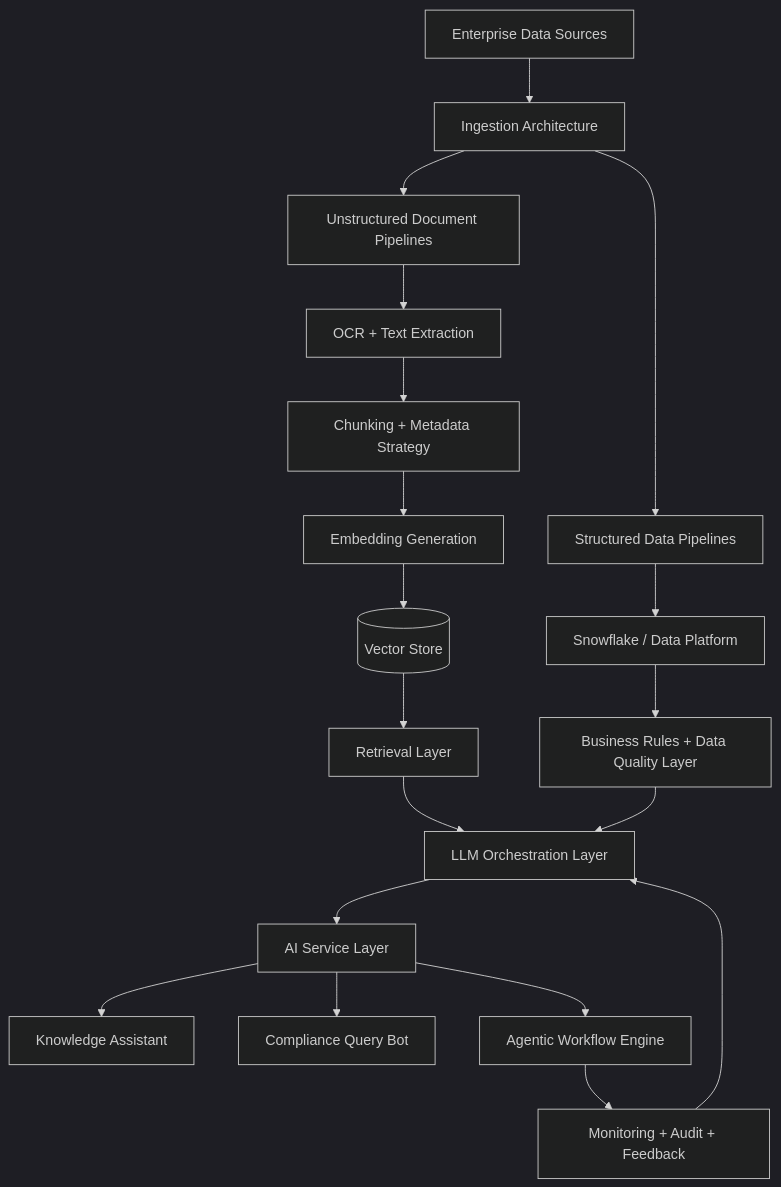
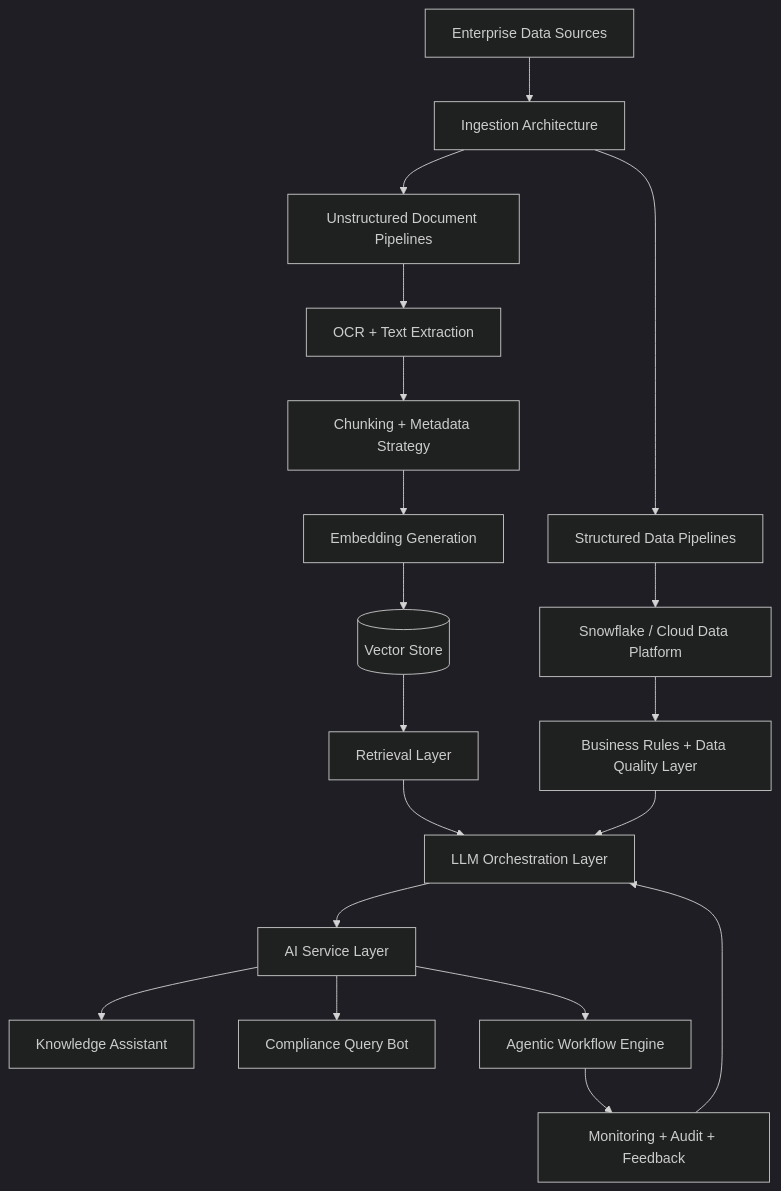
Before and after one commit to dhanumjayasaggurthi/dhanumjayasaggurthi: the first of 5 diagrams in README.md, drawn with Mermaid (dark theme). The commit also changed other lines of this file, not shown here.

````diff
--- a/README.md
+++ b/README.md
@@ -57,28 +78,29 @@
 ```mermaid
 flowchart TD
     A[Enterprise Data Sources] --> B[Ingestion Architecture]
 
     B --> C1[Structured Data Pipelines]
     B --> C2[Unstructured Document Pipelines]
 
-    C1 --> D1[Snowflake / Data Platform]
+    C1 --> D1[Snowflake / Cloud Data Platform]
     C2 --> D2[OCR + Text Extraction]
 
     D2 --> E[Chunking + Metadata Strategy]
     E --> F[Embedding Generation]
     F --> G[(Vector Store)]
 
     D1 --> H[Business Rules + Data Quality Layer]
     G --> I[Retrieval Layer]
 
     I --> J[LLM Orchestration Layer]
     H --> J
 
     J --> K[AI Service Layer]
+
     K --> L[Knowledge Assistant]
     K --> M[Compliance Query Bot]
     K --> N[Agentic Workflow Engine]
 
     N --> O[Monitoring + Audit + Feedback]
     O --> J
 ```
````
